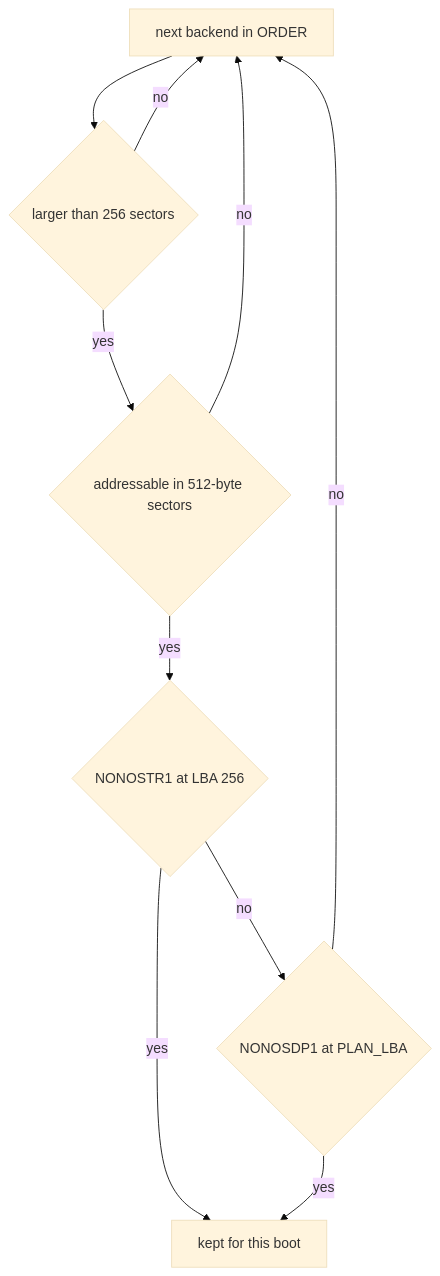
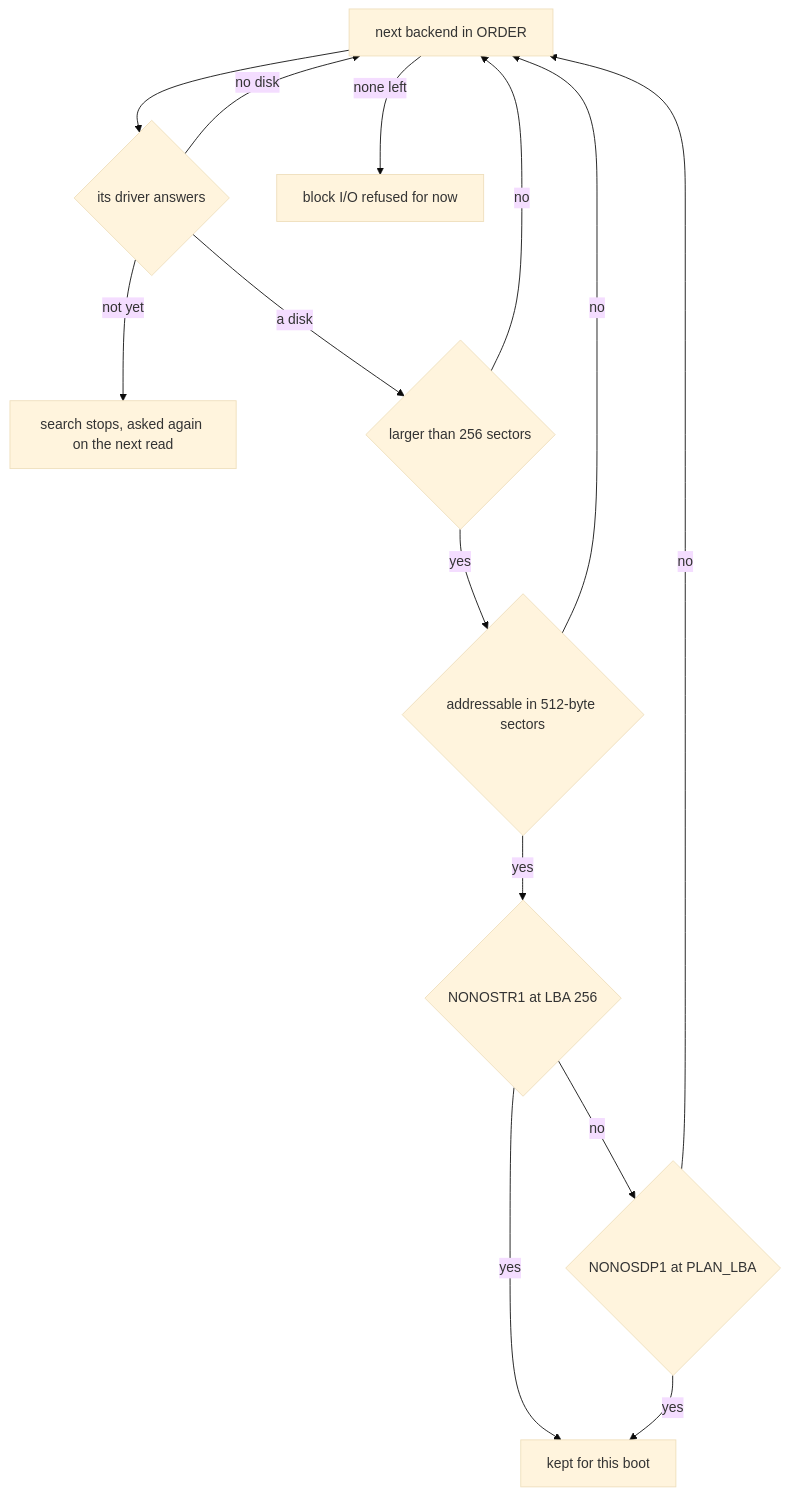
The diagram in docs/drivers/storage/README.md (NON-OS/microkernel), drawn with Mermaid (base theme) before and after one commit. The commit also changed other lines of this file and 24 other files, not shown here.

````diff
--- a/docs/drivers/storage/README.md
+++ b/docs/drivers/storage/README.md
@@ -33,12 +33,16 @@
 ```mermaid
 flowchart TD
-    Next[next backend in ORDER] --> Size{larger than 256 sectors}
+    Next[next backend in ORDER] --> Answer{its driver answers}
+    Next -->|none left| None[block I/O refused for now]
+    Answer -->|not yet| Stop[search stops, asked again on the next read]
+    Answer -->|no disk| Next
+    Answer -->|a disk| Size{larger than 256 sectors}
     Size -->|no| Next
     Size -->|yes| Fit{addressable in 512-byte sectors}
     Fit -->|no| Next
     Fit -->|yes| Store{NONOSTR1 at LBA 256}
     Store -->|yes| Kept[kept for this boot]
     Store -->|no| Plan{NONOSDP1 at PLAN_LBA}
     Plan -->|yes| Kept
     Plan -->|no| Next
 ```
````
